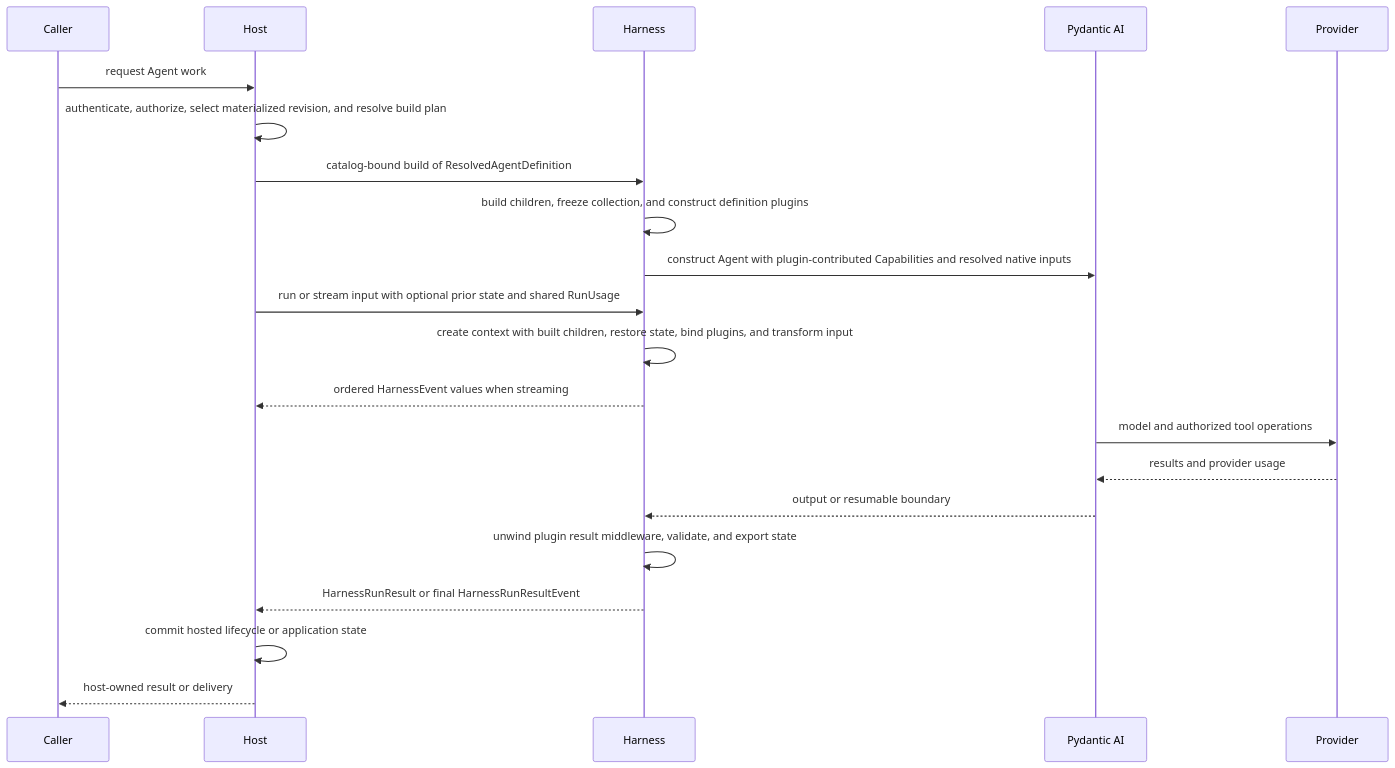
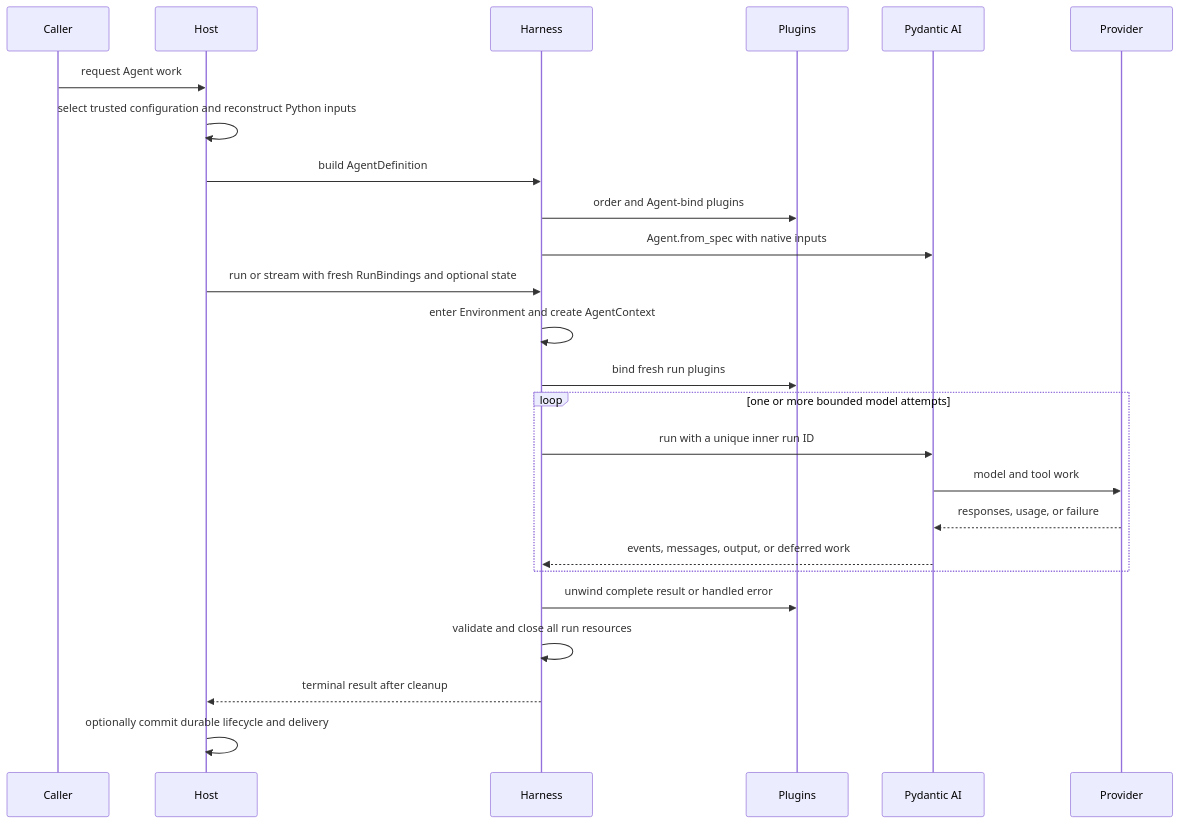
The second of 2 diagrams in spec/agent-harness/00-overview.md (LTThreeComma/agent-foundation), drawn with Mermaid before and after one commit. The commit also changed other lines of this file and 31 other files, not shown here.

````diff
--- a/spec/agent-harness/00-overview.md
+++ b/spec/agent-harness/00-overview.md
@@ -99,24 +81,28 @@
 ```mermaid
 sequenceDiagram
     participant Caller
     participant Host
     participant Harness
-    participant Pydantic as Pydantic AI
+    participant Plugins
+    participant PAI as Pydantic AI
     participant Provider
 
     Caller->>Host: request Agent work
-    Host->>Host: authenticate, authorize, select materialized revision, and resolve build plan
-    Host->>Harness: catalog-bound build of ResolvedAgentDefinition
-    Harness->>Harness: build children, freeze collection, and construct definition plugins
-    Harness->>Pydantic: construct Agent with plugin-contributed Capabilities and resolved native inputs
-    Host->>Harness: run or stream input with optional prior state and shared RunUsage
-    Harness->>Harness: create context with built children, restore state, bind plugins, and transform input
-    Harness-->>Host: ordered HarnessEvent values when streaming
-    Pydantic->>Provider: model and authorized tool operations
-    Provider-->>Pydantic: results and provider usage
-    Pydantic-->>Harness: output or resumable boundary
-    Harness->>Harness: unwind plugin result middleware, validate, and export state
-    Harness-->>Host: HarnessRunResult or final HarnessRunResultEvent
-    Host->>Host: commit hosted lifecycle or application state
-    Host-->>Caller: host-owned result or delivery
+    Host->>Host: select trusted configuration and reconstruct Python inputs
+    Host->>Harness: build AgentDefinition
+    Harness->>Plugins: order and Agent-bind plugins
+    Harness->>PAI: Agent.from_spec with native inputs
+    Host->>Harness: run or stream with fresh RunBindings and optional state
+    Harness->>Harness: enter Environment and create AgentContext
+    Harness->>Plugins: bind fresh run plugins
+    loop one or more bounded model attempts
+        Harness->>PAI: run with a unique inner run ID
+        PAI->>Provider: model and tool work
+        Provider-->>PAI: responses, usage, or failure
+        PAI-->>Harness: events, messages, output, or deferred work
+    end
+    Harness->>Plugins: unwind complete result or handled error
+    Harness->>Harness: validate and close all run resources
+    Harness-->>Host: terminal result after cleanup
+    Host->>Host: optionally commit durable lifecycle and delivery
 ```
````
